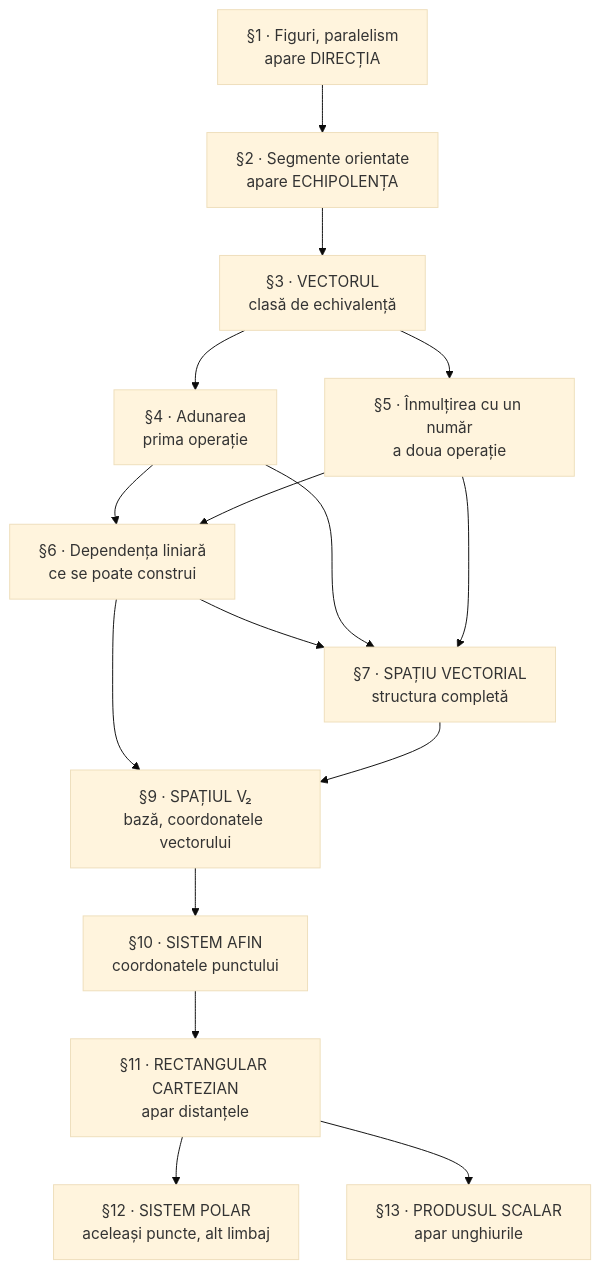
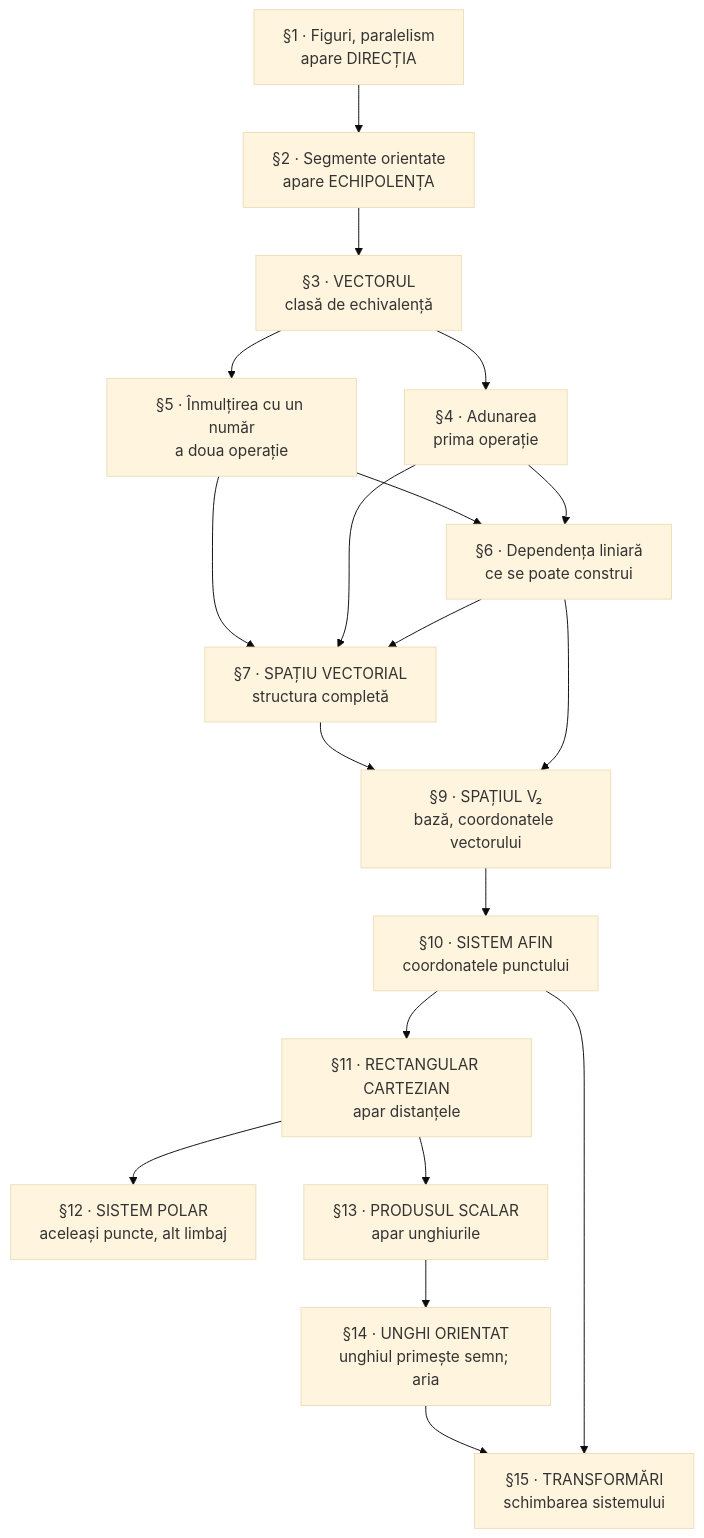
Before and after one commit to nudoarmetudor/conspecte: the diagram in content/geometrie-analitica/Geometrie analitică în plan.md, drawn with Mermaid (base theme). The commit also changed other lines of this file and 38 other files, not shown here.

````diff
--- a/content/geometrie-analitica/Geometrie analitică în plan.md
+++ b/content/geometrie-analitica/Geometrie analitică în plan.md
@@ -147,18 +163,21 @@
 ```mermaid
 graph TD
   S1["§1 · Figuri, paralelism<br/>apare DIRECȚIA"] --> S2["§2 · Segmente orientate<br/>apare ECHIPOLENȚA"]
   S2 --> S3["§3 · VECTORUL<br/>clasă de echivalență"]
   S3 --> S4["§4 · Adunarea<br/>prima operație"]
   S3 --> S5["§5 · Înmulțirea cu un număr<br/>a doua operație"]
   S4 --> S6["§6 · Dependența liniară<br/>ce se poate construi"]
   S5 --> S6
   S6 --> S7["§7 · SPAȚIU VECTORIAL<br/>structura completă"]
   S4 --> S7
   S5 --> S7
   S6 --> S9["§9 · SPAȚIUL V₂<br/>bază, coordonatele vectorului"]
   S7 --> S9
   S9 --> S10["§10 · SISTEM AFIN<br/>coordonatele punctului"]
   S10 --> S11["§11 · RECTANGULAR CARTEZIAN<br/>apar distanțele"]
   S11 --> S12["§12 · SISTEM POLAR<br/>aceleași puncte, alt limbaj"]
   S11 --> S13["§13 · PRODUSUL SCALAR<br/>apar unghiurile"]
+  S13 --> S14["§14 · UNGHI ORIENTAT<br/>unghiul primește semn; aria"]
+  S10 --> S15["§15 · TRANSFORMĂRI<br/>schimbarea sistemului"]
+  S14 --> S15
 ```
````
